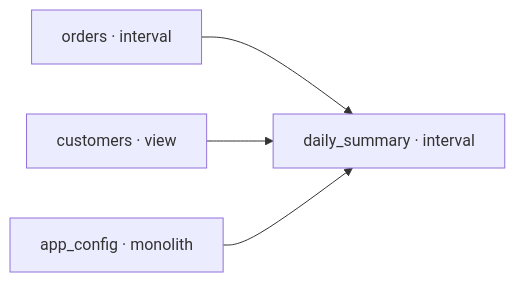
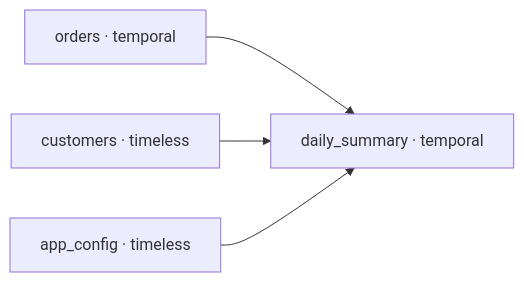
Before and after one commit to ebremstedt/bollhav: the diagram in docs/content/LINEAGE.md, drawn with Mermaid. The commit also changed other lines of this file and 79 other files, not shown here.

````diff
--- a/docs/content/LINEAGE.md
+++ b/docs/content/LINEAGE.md
@@ -122,6 +122,6 @@
 ```mermaid
 graph LR
-  orders[orders · interval] --> daily_summary[daily_summary · interval]
-  customers[customers · view] --> daily_summary
-  app_config[app_config · monolith] --> daily_summary
+  orders[orders · temporal] --> daily_summary[daily_summary · temporal]
+  customers[customers · timeless] --> daily_summary
+  app_config[app_config · timeless] --> daily_summary
 ```
````
